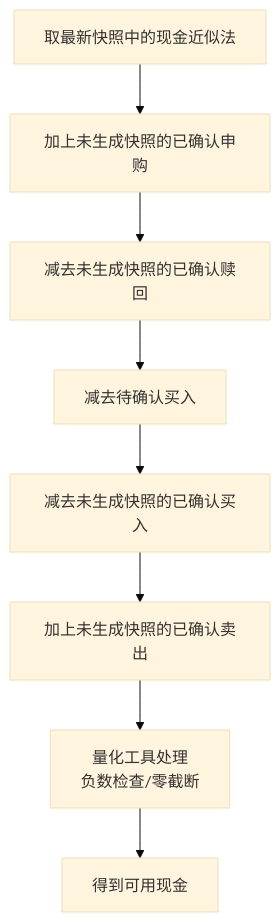
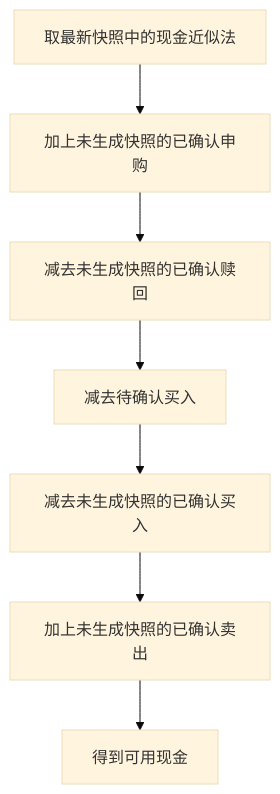
The sixth of 8 diagrams in .qoder/repowiki/zh/content/数据库设计/核心计算公式.md (gujialind/InvestRing), drawn with Mermaid (base theme) before and after one commit. The commit also changed other lines of this file and 65 other files, not shown here.

````diff
--- a/.qoder/repowiki/zh/content/数据库设计/核心计算公式.md
+++ b/.qoder/repowiki/zh/content/数据库设计/核心计算公式.md
@@ -286,10 +241,9 @@
 ```mermaid
 flowchart TD
 L["取最新快照中的现金近似法"] --> AddSub["加上未生成快照的已确认申购"]
 AddSub --> SubRed["减去未生成快照的已确认赎回"]
 SubRed --> DedPendingBuy["减去待确认买入"]
 DedPendingBuy --> DedBuy["减去未生成快照的已确认买入"]
 DedBuy --> AddSell["加上未生成快照的已确认卖出"]
-AddSell --> QuantCheck["量化工具处理<br/>负数检查/零截断"]
-QuantCheck --> Result["得到可用现金"]
+AddSell --> Result["得到可用现金"]
 ```
````
